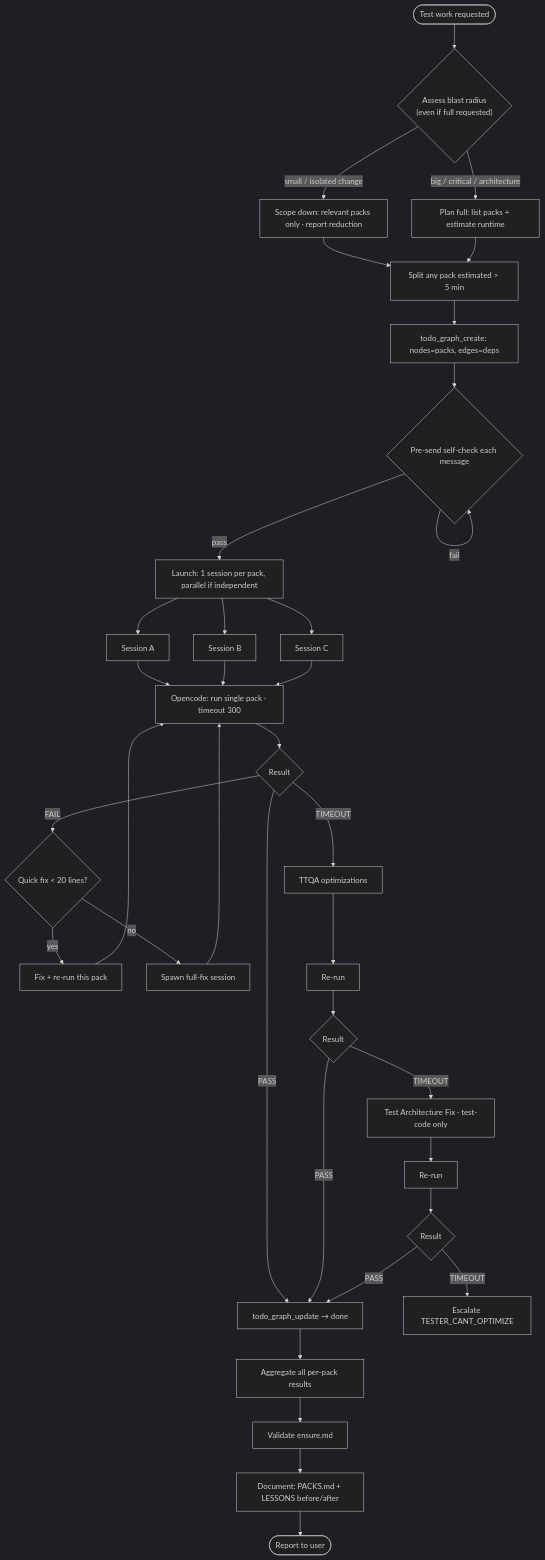
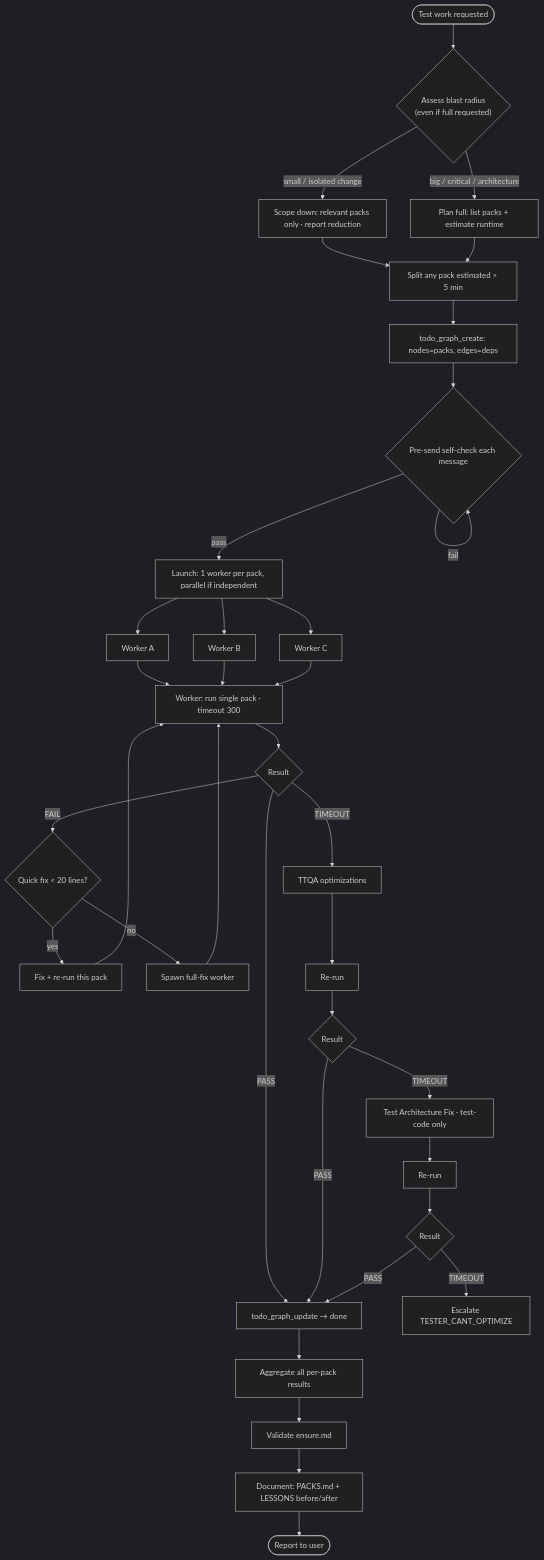
Before and after one commit to disillusioners/ensemble: the diagram in agents/tester/workflow.md, drawn with Mermaid (dark theme). The commit also changed other lines of this file and 5 other files, not shown here.

````diff
--- a/agents/tester/workflow.md
+++ b/agents/tester/workflow.md
@@ -9,31 +9,31 @@
 ```mermaid
 flowchart TD
     A([Test work requested]) --> BR{"Assess blast radius<br/>(even if full requested)"}
     BR -->|"small / isolated change"| SC["Scope down: relevant packs only · report reduction"]
     BR -->|"big / critical / architecture"| B["Plan full: list packs + estimate runtime"]
     SC --> C
     B --> C
     C[Split any pack estimated &gt; 5 min]
     C --> D["todo_graph_create: nodes=packs, edges=deps"]
     D --> E{Pre-send self-check each message}
     E -->|fail| E
-    E -->|pass| F["Launch: 1 session per pack, parallel if independent"]
+    E -->|pass| F["Launch: 1 worker per pack, parallel if independent"]
 
-    F --> G1[Session A] & G2[Session B] & G3[Session C]
-    G1 & G2 & G3 --> H["Opencode: run single pack · timeout 300"]
+    F --> G1[Worker A] & G2[Worker B] & G3[Worker C]
+    G1 & G2 & G3 --> H["Worker: run single pack · timeout 300"]
     H --> I{Result}
     I -->|PASS| J["todo_graph_update → done"]
     I -->|FAIL| K{Quick fix &lt; 20 lines?}
     K -->|yes| L[Fix + re-run this pack] --> H
-    K -->|no| M[Spawn full-fix session] --> H
+    K -->|no| M[Spawn full-fix worker] --> H
     I -->|TIMEOUT| N[TTQA optimizations] --> O[Re-run] --> I2{Result}
     I2 -->|PASS| J
     I2 -->|TIMEOUT| P["Test Architecture Fix · test-code only"] --> Q[Re-run] --> I3{Result}
     I3 -->|PASS| J
     I3 -->|TIMEOUT| R[Escalate TESTER_CANT_OPTIMIZE]
 
     J --> S[Aggregate all per-pack results]
     S --> T[Validate ensure.md]
     T --> U["Document: PACKS.md + LESSONS before/after"]
     U --> V([Report to user])
 ```
````
